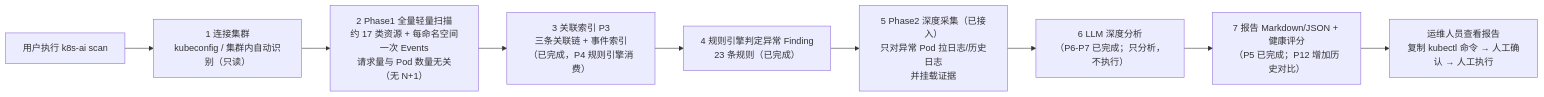
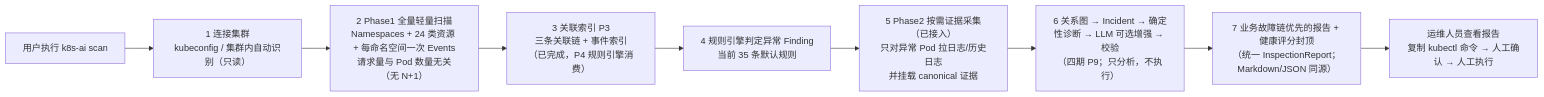
Before and after one commit to markguo123/k8s-ai: the diagram in docs/05-使用与操作手册/01-技术指导手册.md, drawn with Mermaid. The commit also changed other lines of this file and 76 other files, not shown here.

````diff
--- a/docs/05-使用与操作手册/01-技术指导手册.md
+++ b/docs/05-使用与操作手册/01-技术指导手册.md
@@ -187,11 +198,11 @@
 ```mermaid
 flowchart LR
     A["用户执行 k8s-ai scan"] --> B["1 连接集群<br/>kubeconfig / 集群内自动识别（只读）"]
-    B --> C["2 Phase1 全量轻量扫描<br/>约 17 类资源 + 每命名空间一次 Events<br/>请求量与 Pod 数量无关（无 N+1）"]
+    B --> C["2 Phase1 全量轻量扫描<br/>Namespaces + 24 类资源 + 每命名空间一次 Events<br/>请求量与 Pod 数量无关（无 N+1）"]
     C --> D["3 关联索引 P3<br/>三条关联链 + 事件索引<br/>（已完成，P4 规则引擎消费）"]
-    D --> E["4 规则引擎判定异常 Finding<br/>23 条规则（已完成）"]
-    E --> F["5 Phase2 深度采集（已接入）<br/>只对异常 Pod 拉日志/历史日志<br/>并挂载证据"]
-    F --> G["6 LLM 深度分析<br/>（P6-P7 已完成；只分析，不执行）"]
-    G --> H["7 报告 Markdown/JSON + 健康评分<br/>（P5 已完成；P12 增加历史对比）"]
+    D --> E["4 规则引擎判定异常 Finding<br/>当前 35 条默认规则"]
+    E --> F["5 Phase2 按需证据采集（已接入）<br/>只对异常 Pod 拉日志/历史日志<br/>并挂载 canonical 证据"]
+    F --> G["6 关系图 → Incident → 确定性诊断 → LLM 可选增强 → 校验<br/>（四期 P9；只分析，不执行）"]
+    G --> H["7 业务故障链优先的报告 + 健康评分封顶<br/>（统一 InspectionReport；Markdown/JSON 同源）"]
     H --> I["运维人员查看报告<br/>复制 kubectl 命令 → 人工确认 → 人工执行"]
 ```
````
